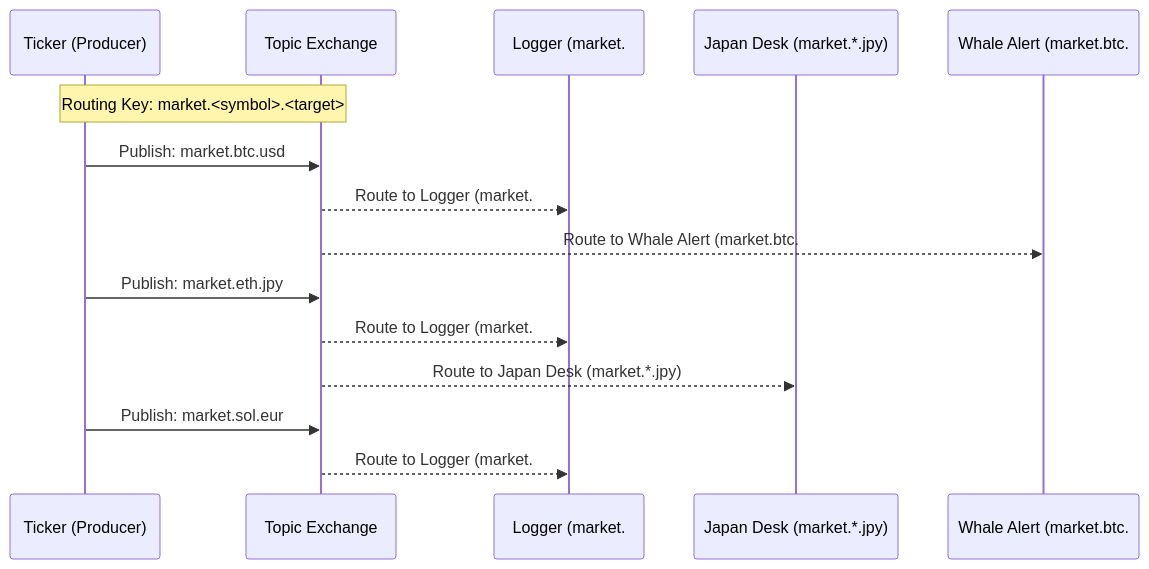
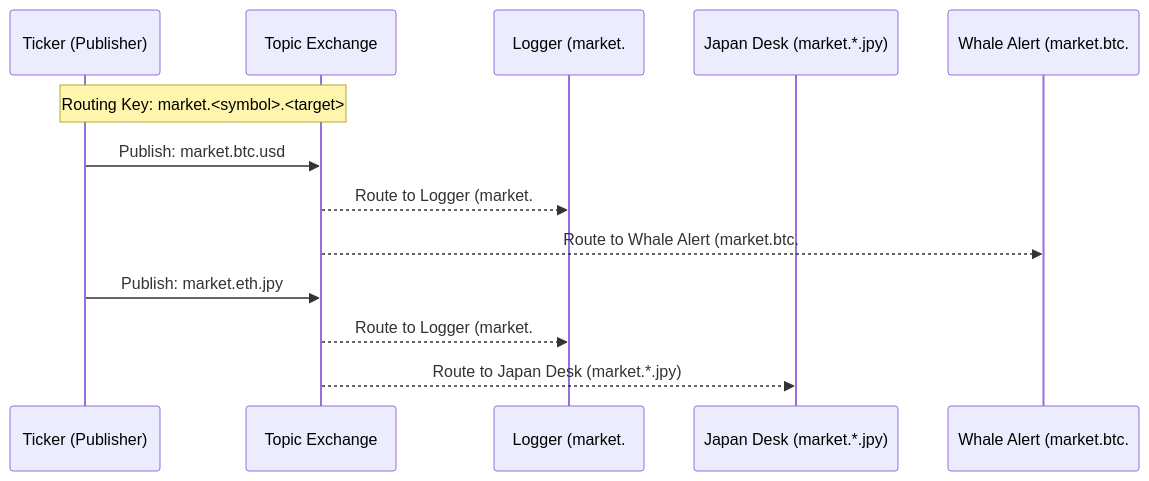
One commit to sokoide/workshop changed the diagram in infra/rabbitmq_en.md. Above: the diagram before and after it, drawn with Mermaid. The commit also changed other lines of this file and 27 other files, not shown here.

````diff
--- a/infra/rabbitmq_en.md
+++ b/infra/rabbitmq_en.md
@@ -9,21 +9,18 @@
 ```mermaid
 sequenceDiagram
-    participant P as Ticker (Producer)
+    participant P as Ticker (Publisher)
     participant E as Topic Exchange
     participant L as Logger (market.#)
     participant J as Japan Desk (market.*.jpy)
     participant W as Whale Alert (market.btc.#)
 
     Note over P,E: Routing Key: market.<symbol>.<target>
 
     P->>E: Publish: market.btc.usd
     E-->>L: Route to Logger (market.#)
     E-->>W: Route to Whale Alert (market.btc.#)
 
     P->>E: Publish: market.eth.jpy
     E-->>L: Route to Logger (market.#)
     E-->>J: Route to Japan Desk (market.*.jpy)
-
-    P->>E: Publish: market.sol.eur
-    E-->>L: Route to Logger (market.#)
 ```
````
